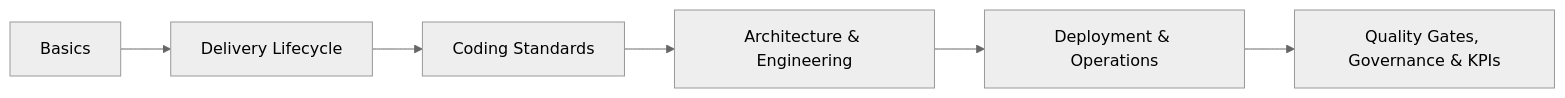
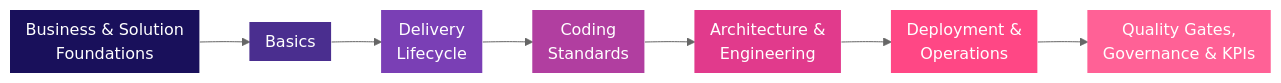
One commit to jmd264-yogesh/fullstack-playbook changed the diagram in docs/index.md. Above: the diagram before and after it, drawn with Mermaid (neutral theme). The commit also changed other lines of this file and 589 other files, not shown here.

````diff
--- a/docs/index.md
+++ b/docs/index.md
@@ -127,8 +139,17 @@
 ```mermaid
 flowchart LR
-    A[Basics] --> B[Delivery Lifecycle]
-    B --> C[Coding Standards]
-    C --> D[Architecture & Engineering]
-    D --> E[Deployment & Operations]
-    E --> F[Quality Gates, Governance & KPIs]
+    Z[["Business & Solution<br/>Foundations"]] --> A[["Basics"]]
+    A --> B[["Delivery<br/>Lifecycle"]]
+    B --> C[["Coding<br/>Standards"]]
+    C --> D[["Architecture &<br/>Engineering"]]
+    D --> E[["Deployment &<br/>Operations"]]
+    E --> F[["Quality Gates,<br/>Governance & KPIs"]]
+
+    style Z fill:#19105b,color:#fff,stroke:none
+    style A fill:#4a2e8f,color:#fff,stroke:none
+    style B fill:#7a3fb5,color:#fff,stroke:none
+    style C fill:#b13ea0,color:#fff,stroke:none
+    style D fill:#e13a8c,color:#fff,stroke:none
+    style E fill:#ff4785,color:#fff,stroke:none
+    style F fill:#ff6196,color:#fff,stroke:none
 ```
````
